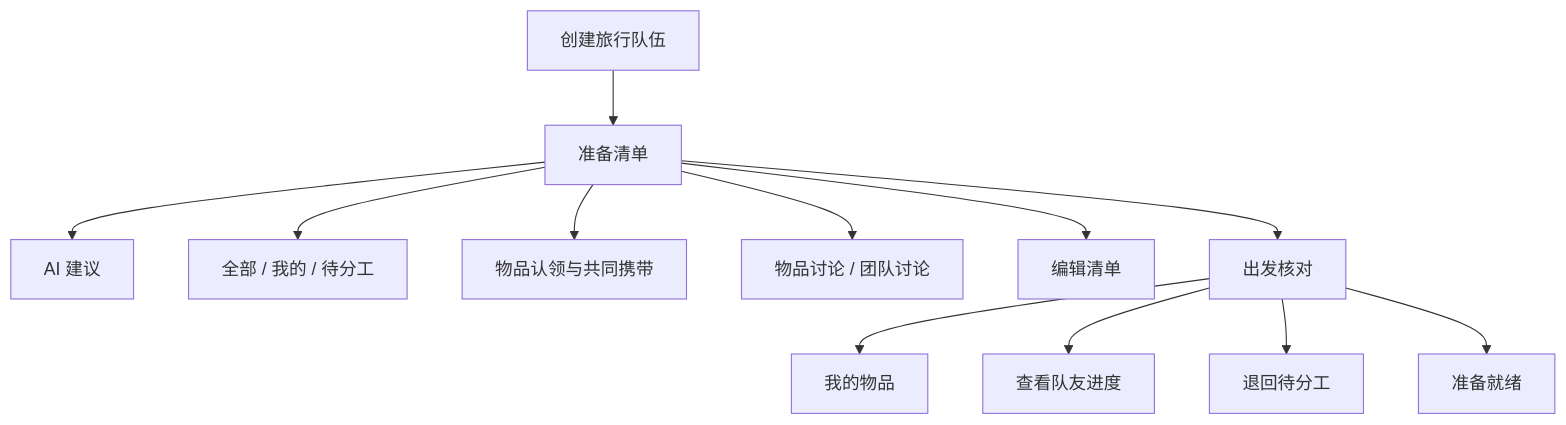
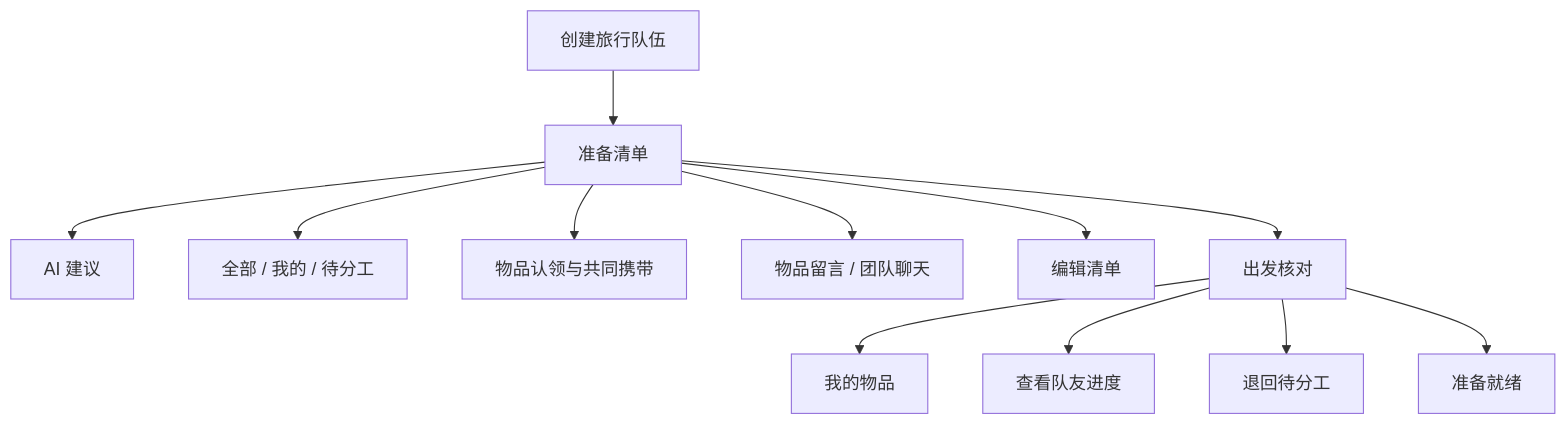
One commit to candy-zy/daiqi-ai-packlist changed the diagram in docs/PRODUCT_CASE_STUDY.md. Above: the diagram before and after it, drawn with Mermaid. The commit also changed other lines of this file and 6 other files, not shown here.

````diff
--- a/docs/PRODUCT_CASE_STUDY.md
+++ b/docs/PRODUCT_CASE_STUDY.md
@@ -59,14 +59,14 @@
 ```mermaid
 flowchart TD
   S[创建旅行队伍] --> P[准备清单]
   P --> P1[AI 建议]
   P --> P2[全部 / 我的 / 待分工]
   P --> P3[物品认领与共同携带]
-  P --> P4[物品讨论 / 团队讨论]
+  P --> P4[物品留言 / 团队聊天]
   P --> P5[编辑清单]
   P --> V[出发核对]
   V --> V1[我的物品]
   V --> V2[查看队友进度]
   V --> V3[退回待分工]
   V --> D[准备就绪]
 ```
````
